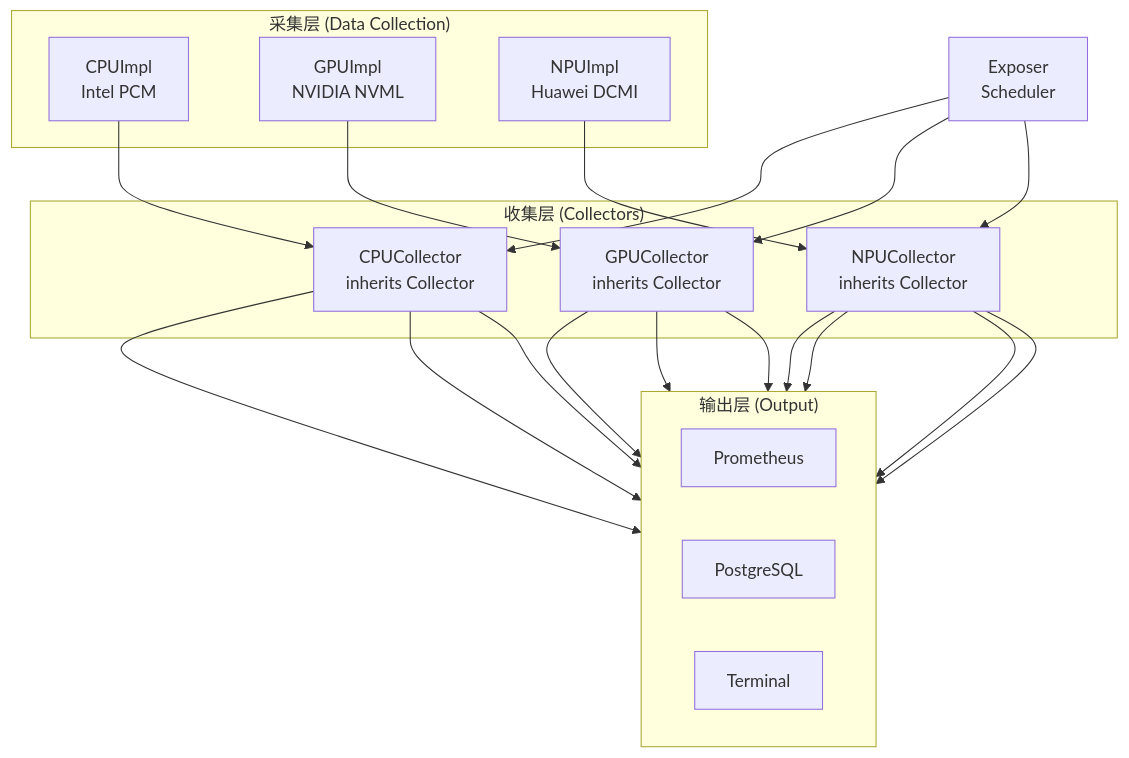
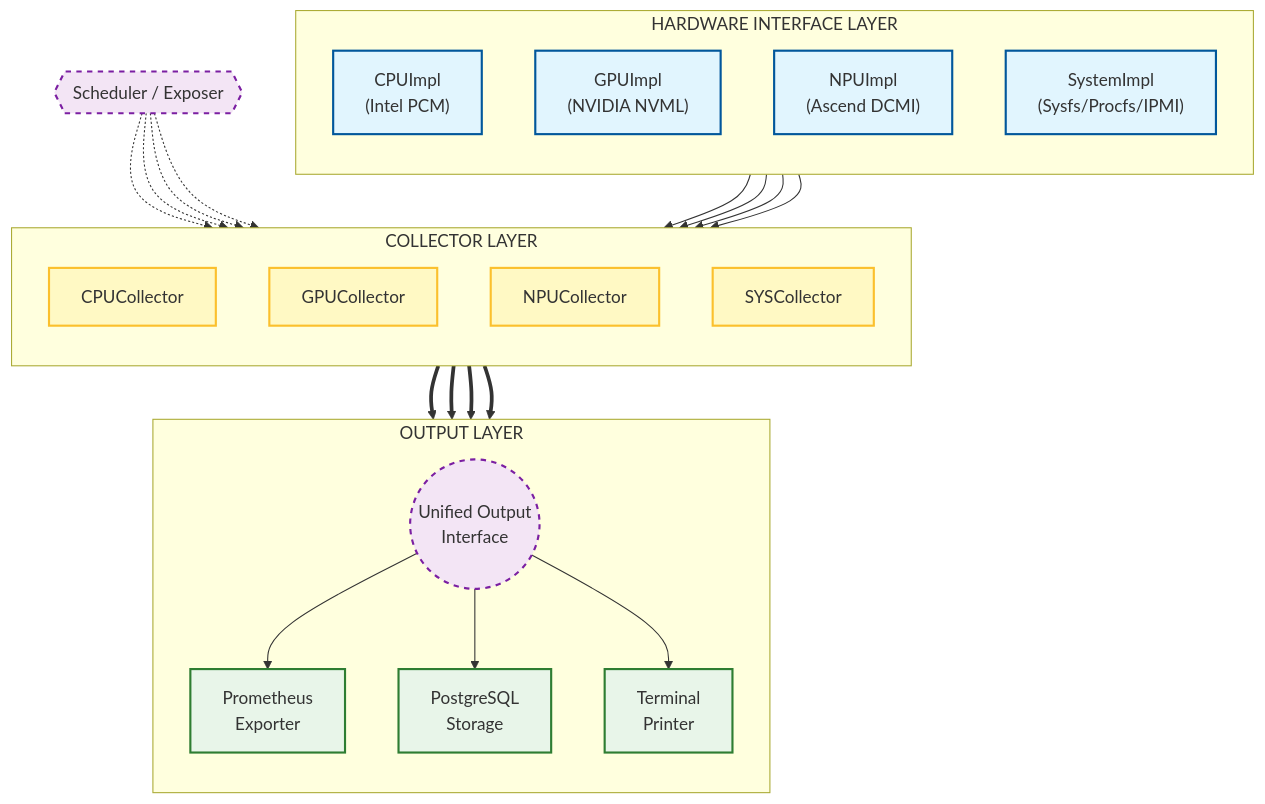
Before and after one commit to cocodechen/HwGauge: the diagram in README.md, drawn with Mermaid. The commit also changed other lines of this file and 101 other files, not shown here.

````diff
--- a/README.md
+++ b/README.md
@@ -20,42 +21,52 @@
 ```mermaid
 flowchart TD
-    subgraph "采集层 (Data Collection)"
-        A1[CPUImpl<br/>Intel PCM]
-        A2[GPUImpl<br/>NVIDIA NVML]
-        A3[NPUImpl<br/>Huawei DCMI]
+    %% 样式定义
+    classDef hardware fill:#e1f5fe,stroke:#01579b,stroke-width:2px;
+    classDef collector fill:#fff9c4,stroke:#fbc02d,stroke-width:2px;
+    classDef output fill:#e8f5e9,stroke:#2e7d32,stroke-width:2px;
+    classDef interface fill:#f3e5f5,stroke:#7b1fa2,stroke-width:2px,stroke-dasharray: 5 5;
+
+    subgraph HardwareLayer ["HARDWARE INTERFACE LAYER"]
+        direction TB
+        A1["CPUImpl<br/>(Intel PCM)"]:::hardware
+        A2["GPUImpl<br/>(NVIDIA NVML)"]:::hardware
+        A3["NPUImpl<br/>(Ascend DCMI)"]:::hardware
+        A4["SystemImpl<br/>(Sysfs/Procfs/IPMI)"]:::hardware
     end
 
-    subgraph "收集层 (Collectors)"
-        B1[CPUCollector<br/>inherits Collector]
-        B2[GPUCollector<br/>inherits Collector]
-        B3[NPUCollector<br/>inherits Collector]
+    subgraph CollectorLayer ["COLLECTOR LAYER"]
+        direction TB
+        B1["CPUCollector"]:::collector
+        B2["GPUCollector"]:::collector
+        B3["NPUCollector"]:::collector
+        B4["SYSCollector"]:::collector
     end
 
-    subgraph "输出层 (Output)"
-        direction LR
-        C1[Prometheus]
-        C2[PostgreSQL]
-        C3[Terminal]
+    subgraph OutputLayer ["OUTPUT LAYER"]
+        direction TB
+        %% 这是一个逻辑上的汇聚节点，使图表更简洁
+        O_Proxy(("Unified Output<br/>Interface")):::interface
+        
+        C1["Prometheus<br/>Exporter"]:::output
+        C2["PostgreSQL<br/>Storage"]:::output
+        C3["Terminal<br/>Printer"]:::output
     end
 
-    D[Exposer<br/>Scheduler]
+    %% 核心控制器
+    D{{Scheduler / Exposer}}:::interface
 
-    D --> B1
-    D --> B2
-    D --> B3
+    %% 关系连线
+    D -.-> B1 & B2 & B3 & B4
 
     A1 --> B1
     A2 --> B2
     A3 --> B3
+    A4 --> B4
 
-    B1 --> C1
-    B1 --> C2
-    B1 --> C3
-    B2 --> C1
-    B2 --> C2
-    B2 --> C3
-    B3 --> C1
-    B3 --> C1
-    B3 --> C2
-    B3 --> C3
+    %% 关键修改：所有收集器指向统一接口，再分发
+    B1 & B2 & B3 & B4 ==> O_Proxy
+    
+    O_Proxy --> C1
+    O_Proxy --> C2
+    O_Proxy --> C3
 ```
````
